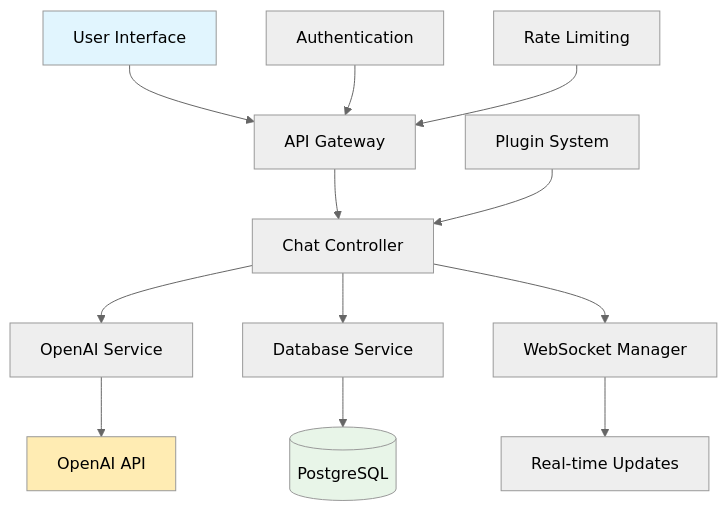
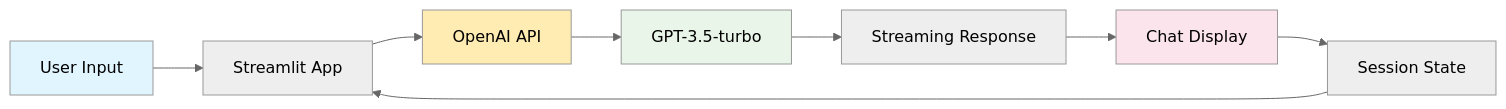
One commit to yxshee/chatbot-openai changed the second of 2 diagrams in README.md. Above: the diagram before and after it, drawn with Mermaid (neutral theme). The commit also changed other lines of this file, not shown here.

````diff
--- a/README.md
+++ b/README.md
@@ -153,20 +131,15 @@
 ```mermaid
-graph TB
-    A[User Interface] --> B[API Gateway]
-    B --> C[Chat Controller]
-    C --> D[OpenAI Service]
-    C --> E[Database Service]
-    C --> F[WebSocket Manager]
-    
-    D --> G[OpenAI API]
-    E --> H[(PostgreSQL)]
-    F --> I[Real-time Updates]
-    
-    J[Plugin System] --> C
-    K[Authentication] --> B
-    L[Rate Limiting] --> B
+graph LR
+    A[User Input] --> B[Streamlit App]
+    B --> C[OpenAI API]
+    C --> D[GPT-3.5-turbo]
+    D --> E[Streaming Response]
+    E --> F[Chat Display]
+    F --> G[Session State]
+    G --> B
     
     style A fill:#e1f5fe
-    style G fill:#ffecb3
-    style H fill:#e8f5e8
+    style C fill:#ffecb3
+    style D fill:#e8f5e8
+    style F fill:#fce4ec
 ```
````
